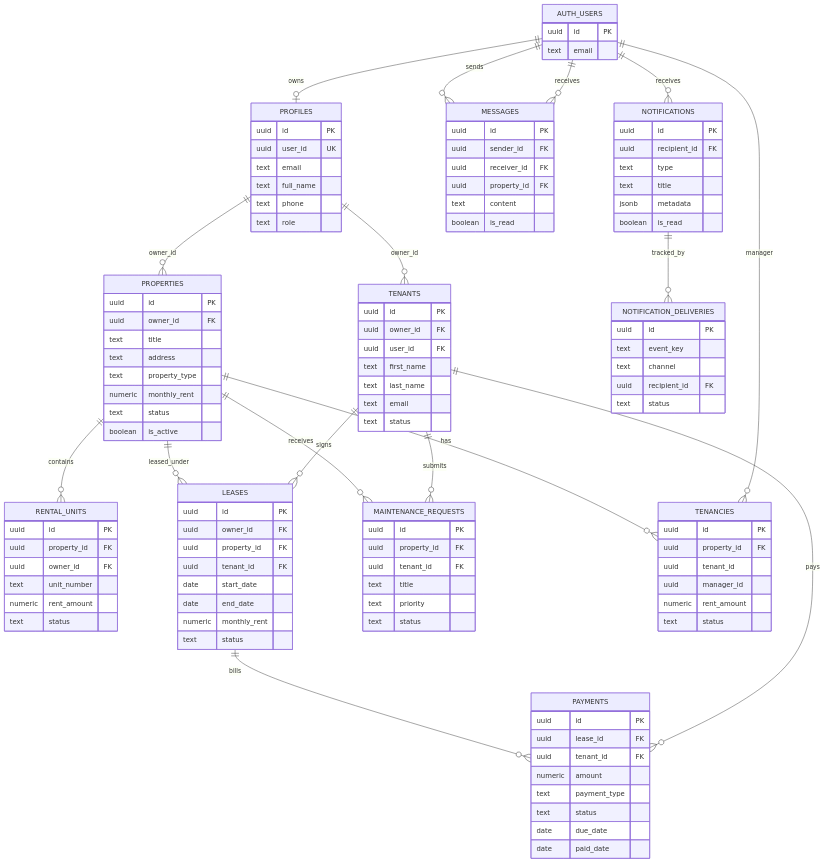
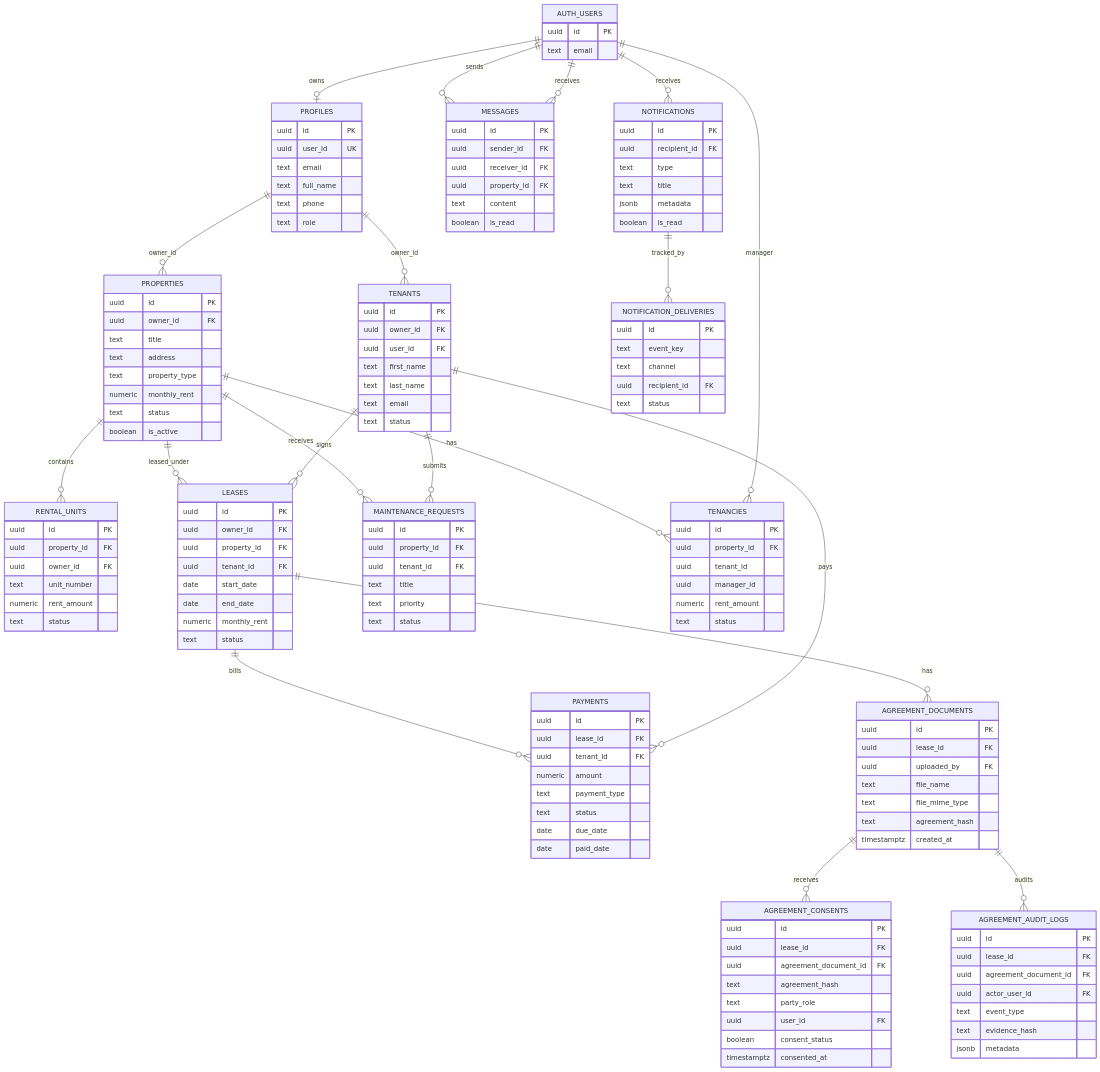
Before and after one commit to Fencher-Technologies/Afodabohousing: the diagram in docs/backend/database-schema.md, drawn with Mermaid. The commit also changed other lines of this file and 24 other files, not shown here.

Commit message:
Implemented the agreement upload + explicit consent flow across backend and mobile.

```diff
--- a/docs/backend/database-schema.md
+++ b/docs/backend/database-schema.md
@@ -13,6 +13,9 @@
     PROPERTIES ||--o{ LEASES : leased_under
     TENANTS ||--o{ LEASES : signs
     LEASES ||--o{ PAYMENTS : bills
+    LEASES ||--o{ AGREEMENT_DOCUMENTS : has
+    AGREEMENT_DOCUMENTS ||--o{ AGREEMENT_CONSENTS : receives
+    AGREEMENT_DOCUMENTS ||--o{ AGREEMENT_AUDIT_LOGS : audits
     TENANTS ||--o{ PAYMENTS : pays
     PROPERTIES ||--o{ MAINTENANCE_REQUESTS : receives
     TENANTS ||--o{ MAINTENANCE_REQUESTS : submits
@@ -82,6 +85,34 @@
         date due_date
         date paid_date
     }
+    AGREEMENT_DOCUMENTS {
+        uuid id PK
+        uuid lease_id FK
+        uuid uploaded_by FK
+        text file_name
+        text file_mime_type
+        text agreement_hash
+        timestamptz created_at
+    }
+    AGREEMENT_CONSENTS {
+        uuid id PK
+        uuid lease_id FK
+        uuid agreement_document_id FK
+        text agreement_hash
+        text party_role
+        uuid user_id FK
+        boolean consent_status
+        timestamptz consented_at
+    }
+    AGREEMENT_AUDIT_LOGS {
+        uuid id PK
+        uuid lease_id FK
+        uuid agreement_document_id FK
+        uuid actor_user_id FK
+        text event_type
+        text evidence_hash
+        jsonb metadata
+    }
     MAINTENANCE_REQUESTS {
         uuid id PK
         uuid property_id FK
```
